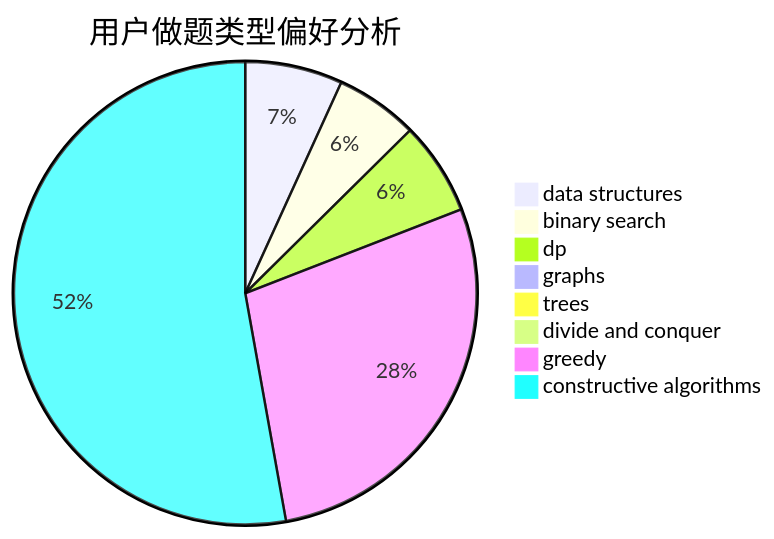
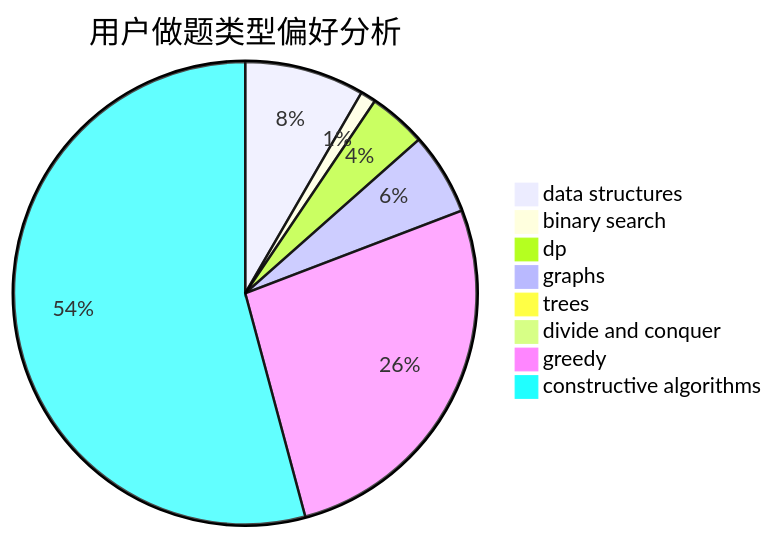
The second of 3 diagrams in docs/user/u931.md (sherpahu/cfrs.github.io), drawn with Mermaid before and after one commit. The commit also changed other lines of this file and 2770 other files, not shown here.

````diff
--- a/docs/user/u931.md
+++ b/docs/user/u931.md
@@ -23,11 +23,11 @@
 ```mermaid
 pie title 用户做题类型偏好分析
-    "data structures" :  47
-    "binary search" :  40
-    "dp" :  45
-    "graphs" :  5
-    "trees" :  3
+    "data structures" :  54
+    "binary search" :  7
+    "dp" :  26
+    "graphs" :  37
+    "trees" :  4
     "divide and conquer" :  0
-    "greedy" :  194
-    "constructive algorithms" :  365
+    "greedy" :  172
+    "constructive algorithms" :  350
 ```
````
